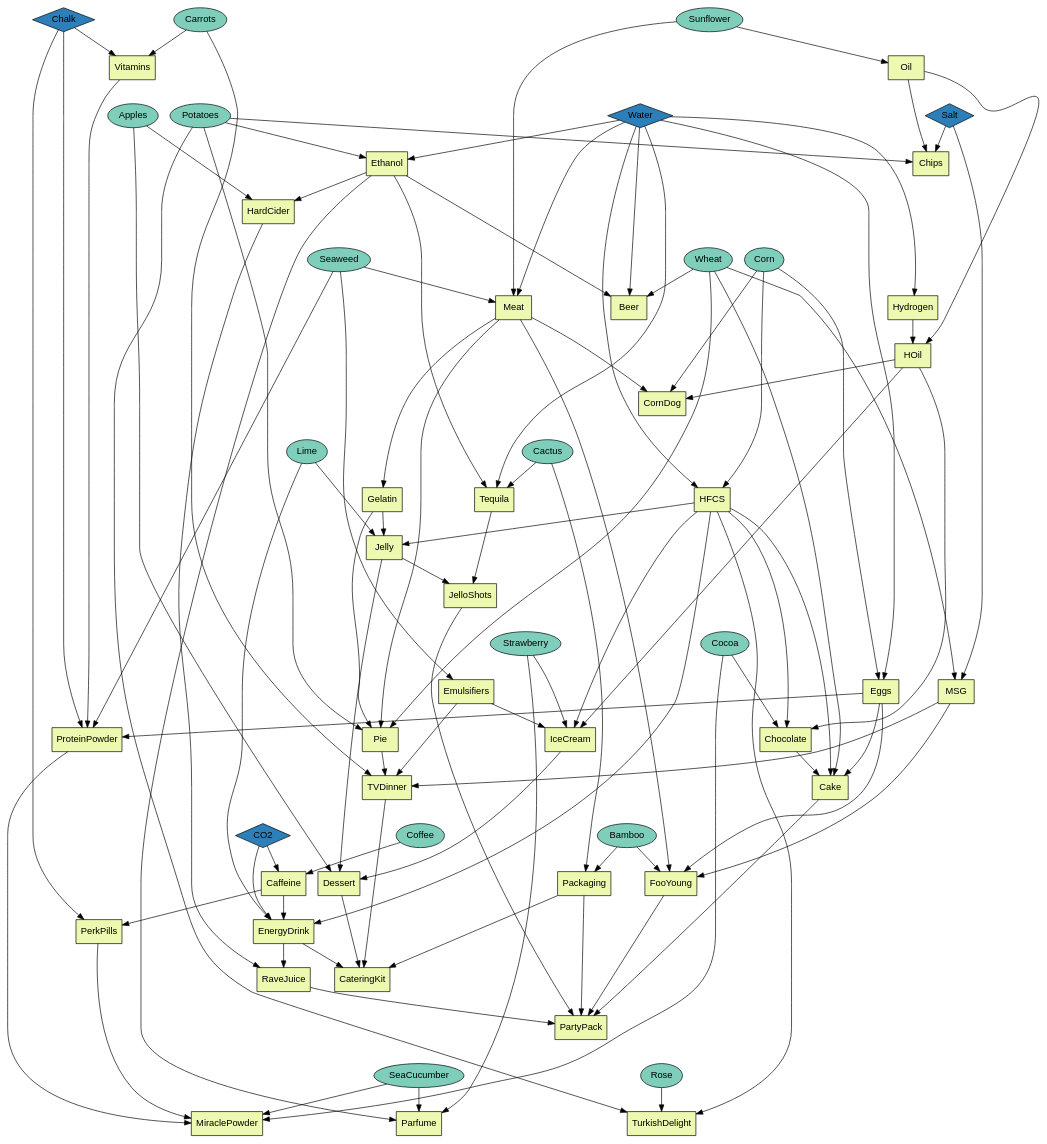
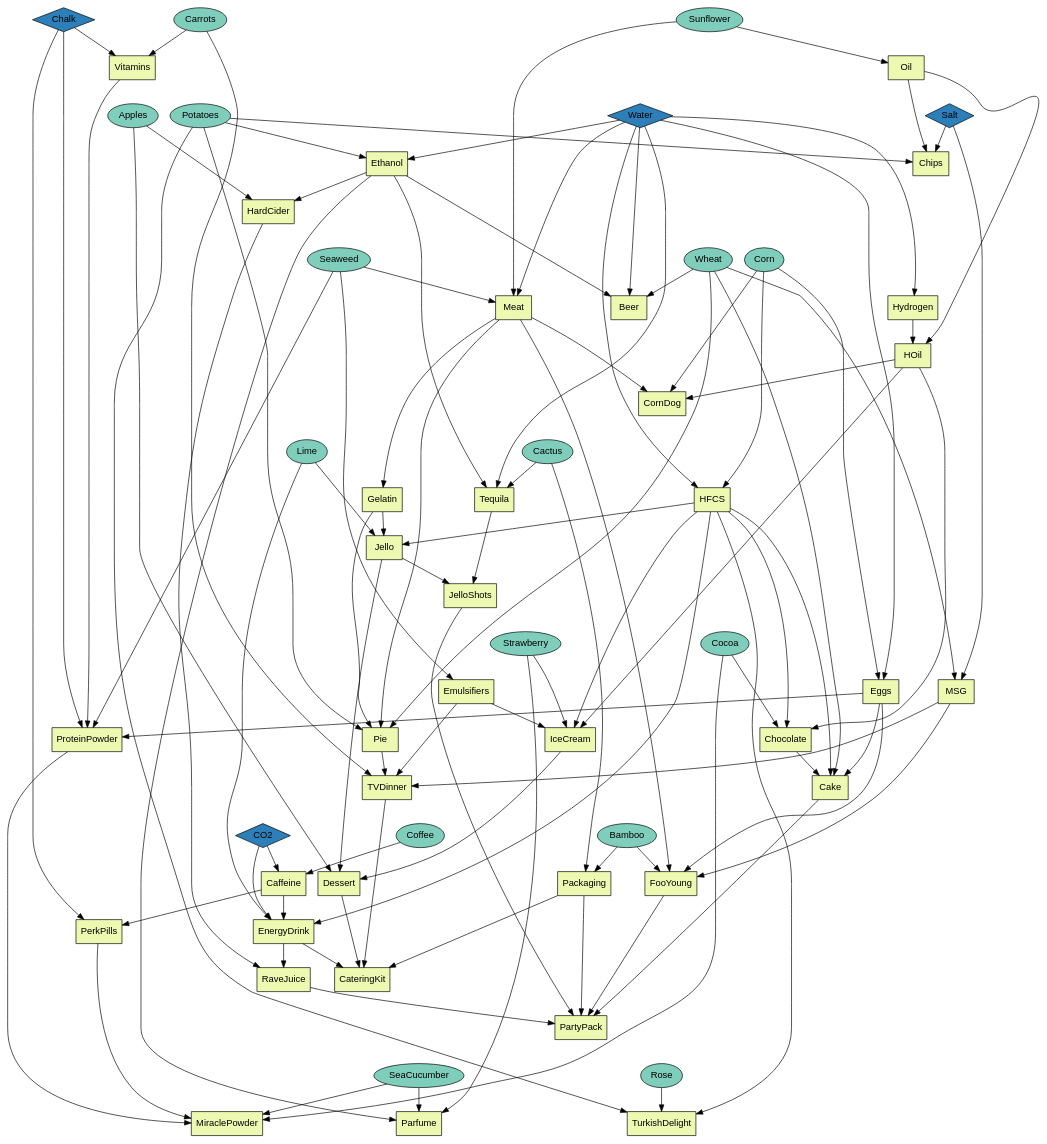
Before and after one commit to timboe/FactoryFarming: the diagram in src/progression.dot, drawn with Graphviz. The commit also changed 9 other files, not shown here.

```diff
--- a/src/progression.dot
+++ b/src/progression.dot
@@ -7,7 +7,7 @@
 
     Vitamins, Oil, Chips, Ethanol, HardCider, HFCS, Eggs, Tequila, Meat, MSG, Beer,
     Emulsifiers, Hydrogen, IceCream, HOil, ProteinPowder, Chocolate, TVDinner, FooYoung, Caffeine, EnergyDrink,
-    RaveJuice, JelloShots, Cake, CateringKit, Packaging, PartyPack, CornDog, Dessert, Jelly, 
+    RaveJuice, JelloShots, Cake, CateringKit, Packaging, PartyPack, CornDog, Dessert, Jello, 
     Gelatin, Pie, PerkPills, Rose, TurkishDelight, Parfume, MiraclePowder
     [shape=Square, fillcolor=1]
 
@@ -88,7 +88,7 @@
     }
     subgraph f3_b {
         rank="same"
-        Jelly
+        Jello
     }
     subgraph f3_c {
         rank="same"
@@ -194,12 +194,12 @@
     
     Meat -> Gelatin
     
-    Gelatin -> Jelly
-    Lime -> Jelly
-    HFCS -> Jelly  
+    Gelatin -> Jello
+    Lime -> Jello
+    HFCS -> Jello  
     
     Tequila -> JelloShots
-    Jelly -> JelloShots
+    Jello -> JelloShots
     
     // t4
     
@@ -259,7 +259,7 @@
     Bamboo -> Packaging
     Cactus -> Packaging
     
-    Jelly -> Dessert
+    Jello -> Dessert
     IceCream -> Dessert
     Apples -> Dessert
     
```
